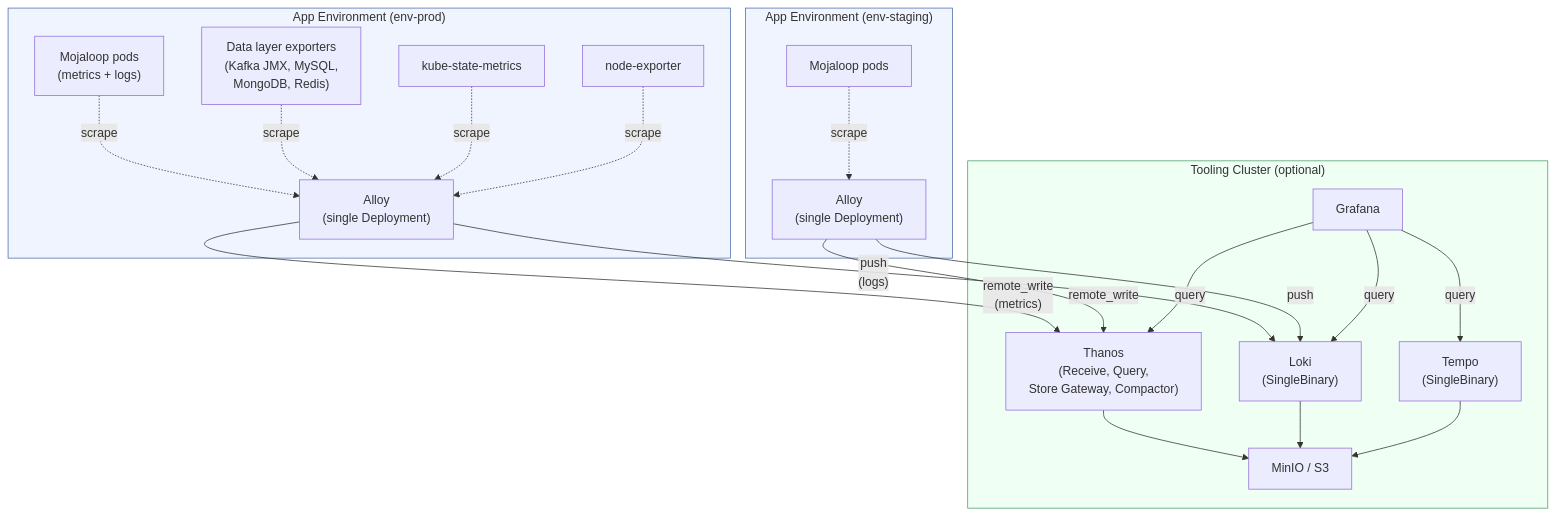
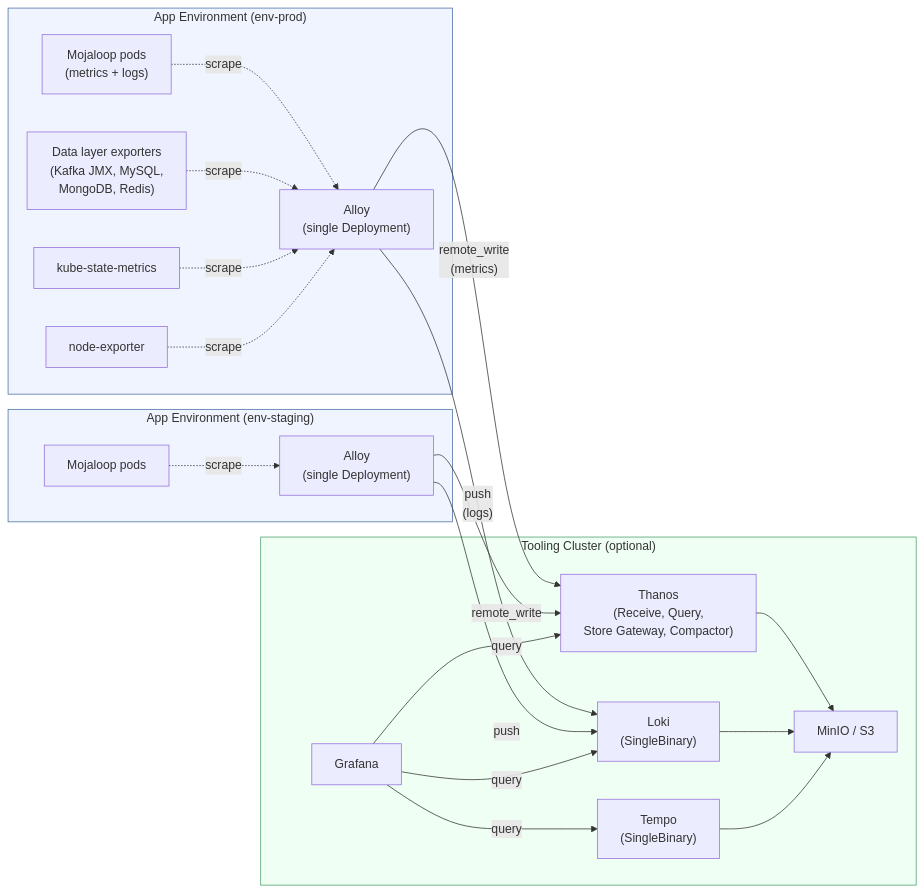
The first of 3 diagrams in docs/architecture/observability.md (kiswend/ml-deployment-toolkit), drawn with Mermaid before and after one commit. The commit also changed 21 other files, not shown here.

````diff
--- a/docs/architecture/observability.md
+++ b/docs/architecture/observability.md
@@ -11,45 +11,45 @@
 ```mermaid
-flowchart TB
+flowchart LR
     subgraph env1["App Environment (env-prod)"]
         alloy1["Alloy\n(single Deployment)"]
         ksm1["kube-state-metrics"]
         ne1["node-exporter"]
         apps1["Mojaloop pods\n(metrics + logs)"]
         data1["Data layer exporters\n(Kafka JMX, MySQL,\nMongoDB, Redis)"]
     end
 
     subgraph env2["App Environment (env-staging)"]
         alloy2["Alloy\n(single Deployment)"]
         apps2["Mojaloop pods"]
     end
 
     subgraph cc["Tooling Cluster (optional)"]
         thanos["Thanos\n(Receive, Query,\nStore Gateway, Compactor)"]
         loki["Loki\n(SingleBinary)"]
         tempo["Tempo\n(SingleBinary)"]
         grafana["Grafana"]
         minio["MinIO / S3"]
     end
 
     apps1 -. "scrape" .-> alloy1
     data1 -. "scrape" .-> alloy1
     ksm1 -. "scrape" .-> alloy1
     ne1 -. "scrape" .-> alloy1
     alloy1 -- "remote_write\n(metrics)" --> thanos
     alloy1 -- "push\n(logs)" --> loki
 
     apps2 -. "scrape" .-> alloy2
     alloy2 -- "remote_write" --> thanos
     alloy2 -- "push" --> loki
 
     thanos --> minio
     loki --> minio
     tempo --> minio
     grafana -- "query" --> thanos
     grafana -- "query" --> loki
     grafana -- "query" --> tempo
 
     style cc fill:#f0fff4,stroke:#4a9f6a
     style env1 fill:#f0f4ff,stroke:#4a6fa5
     style env2 fill:#f0f4ff,stroke:#4a6fa5
 ```
````
